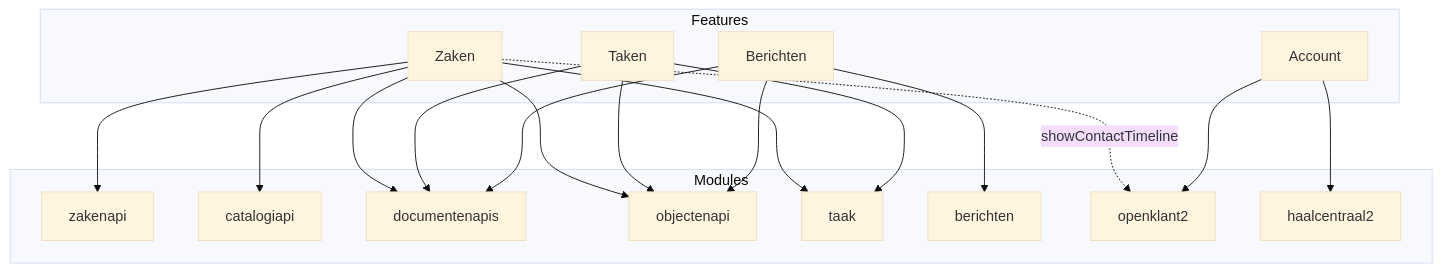
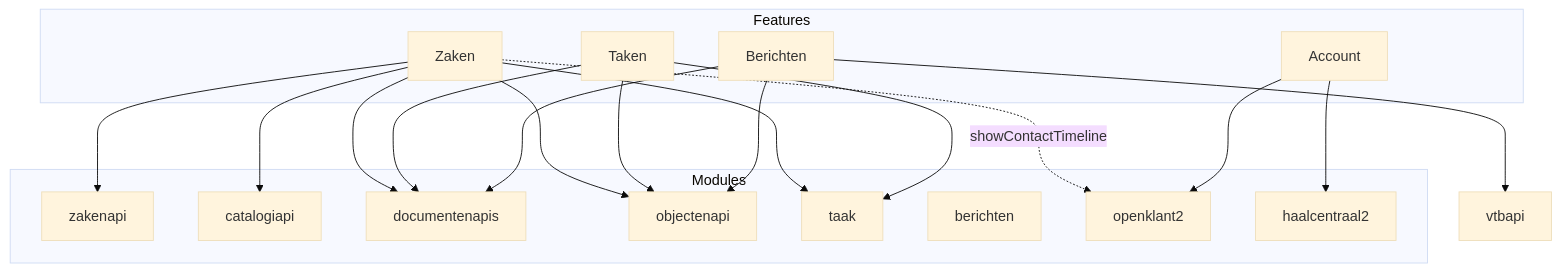
Before and after one commit to nl-portal/nl-portal: the diagram in documentation/configuratie/module-dependency-guide.md, drawn with Mermaid (base theme). The commit also changed 2 other files, not shown here.

````diff
--- a/documentation/configuratie/module-dependency-guide.md
+++ b/documentation/configuratie/module-dependency-guide.md
@@ -9,38 +9,38 @@
 ```mermaid
 flowchart TB
     subgraph features["Features"]
         zaken["Zaken"]
         taken["Taken"]
         berichten["Berichten"]
         account["Account"]
     end
 
     subgraph modules["Modules"]
         zakenapi["zakenapi"]
         catalogiapi["catalogiapi"]
         documentenapis["documentenapis"]
         objectenapi["objectenapi"]
         taak["taak"]
         berichtenmod["berichten"]
         openklant2["openklant2"]
         haalcentraal2["haalcentraal2"]
     end
 
     zaken --> zakenapi
     zaken --> catalogiapi
     zaken --> documentenapis
     zaken --> objectenapi
     zaken --> taak
     zaken -.->|"showContactTimeline"| openklant2
     
     taken --> objectenapi
     taken --> taak
     taken --> documentenapis
     
     berichten --> objectenapi
-    berichten --> berichtenmod
+    berichten --> vtbapi
     berichten --> documentenapis
     
     account --> haalcentraal2
     account --> openklant2
 ```
````
